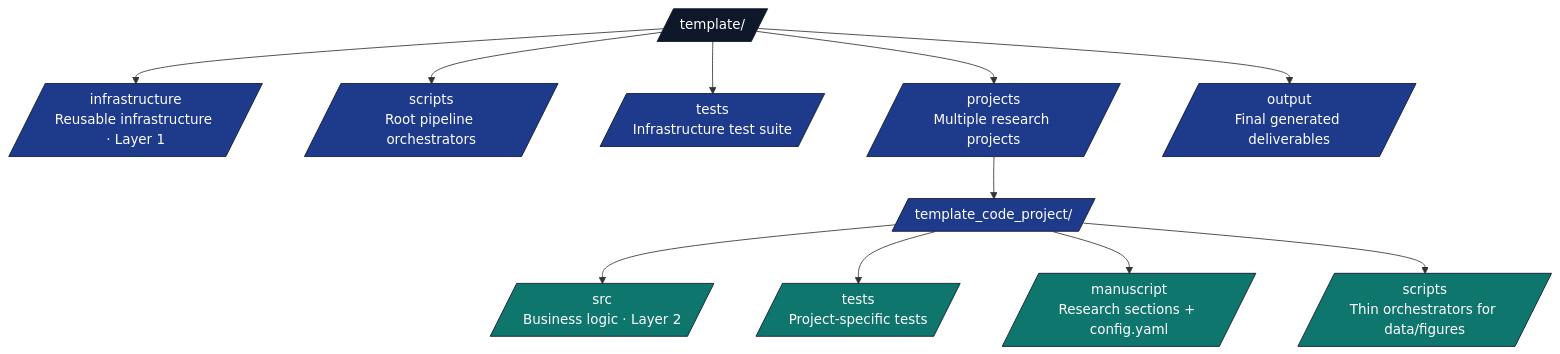
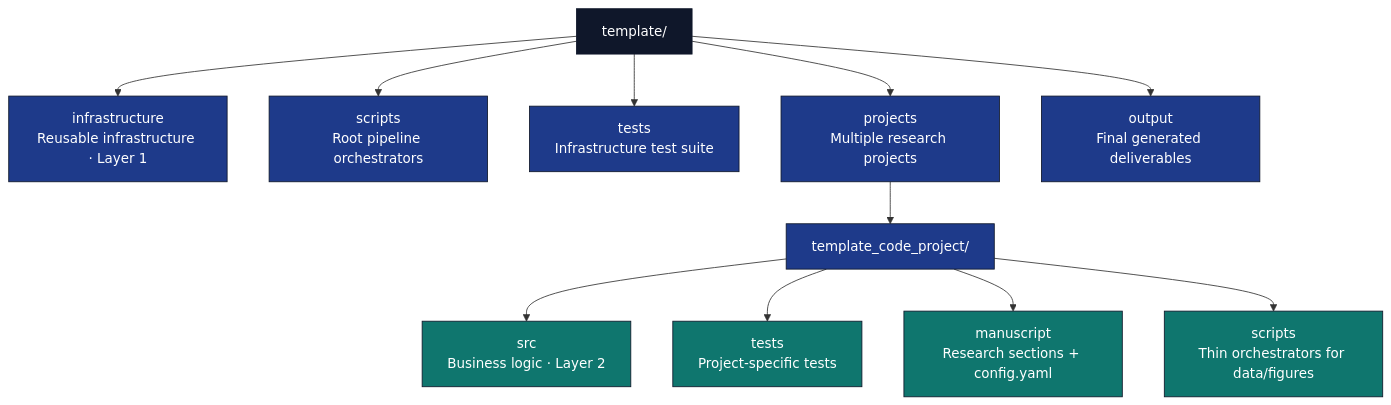
The diagram in docs/reference/quick-start-cheatsheet.md (docxology/template), drawn with Mermaid before and after one commit. The commit also changed 94 other files, not shown here.

````diff
--- a/docs/reference/quick-start-cheatsheet.md
+++ b/docs/reference/quick-start-cheatsheet.md
@@ -54,22 +54,22 @@
 ```mermaid
 flowchart TB
-    R[/template//]
-    R --> INF[/infrastructure<br/>Reusable infrastructure · Layer 1/]
-    R --> SC[/scripts<br/>Root pipeline orchestrators/]
-    R --> T[/tests<br/>Infrastructure test suite/]
-    R --> PR[/projects<br/>Multiple research projects/]
-    R --> OUT[/output<br/>Final generated deliverables/]
+    R[template/]
+    R --> INF[infrastructure<br/>Reusable infrastructure · Layer 1]
+    R --> SC[scripts<br/>Root pipeline orchestrators]
+    R --> T[tests<br/>Infrastructure test suite]
+    R --> PR[projects<br/>Multiple research projects]
+    R --> OUT[output<br/>Final generated deliverables]
 
-    PR --> CP[/template_code_project//]
-    CP --> CP_SRC[/src<br/>Business logic · Layer 2/]
-    CP --> CP_T[/tests<br/>Project-specific tests/]
-    CP --> CP_M[/manuscript<br/>Research sections + config.yaml/]
-    CP --> CP_SC[/scripts<br/>Thin orchestrators for data/figures/]
+    PR --> CP[template_code_project/]
+    CP --> CP_SRC[src<br/>Business logic · Layer 2]
+    CP --> CP_T[tests<br/>Project-specific tests]
+    CP --> CP_M[manuscript<br/>Research sections + config.yaml]
+    CP --> CP_SC[scripts<br/>Thin orchestrators for data/figures]
 
     classDef root fill:#0f172a,stroke:#0f172a,color:#fff
     classDef pkg fill:#1e3a8a,stroke:#0f172a,color:#fff
     classDef sub fill:#0f766e,stroke:#0f172a,color:#fff
     class R root
     class INF,SC,T,PR,OUT,CP pkg
     class CP_SRC,CP_T,CP_M,CP_SC sub
 ```
````
